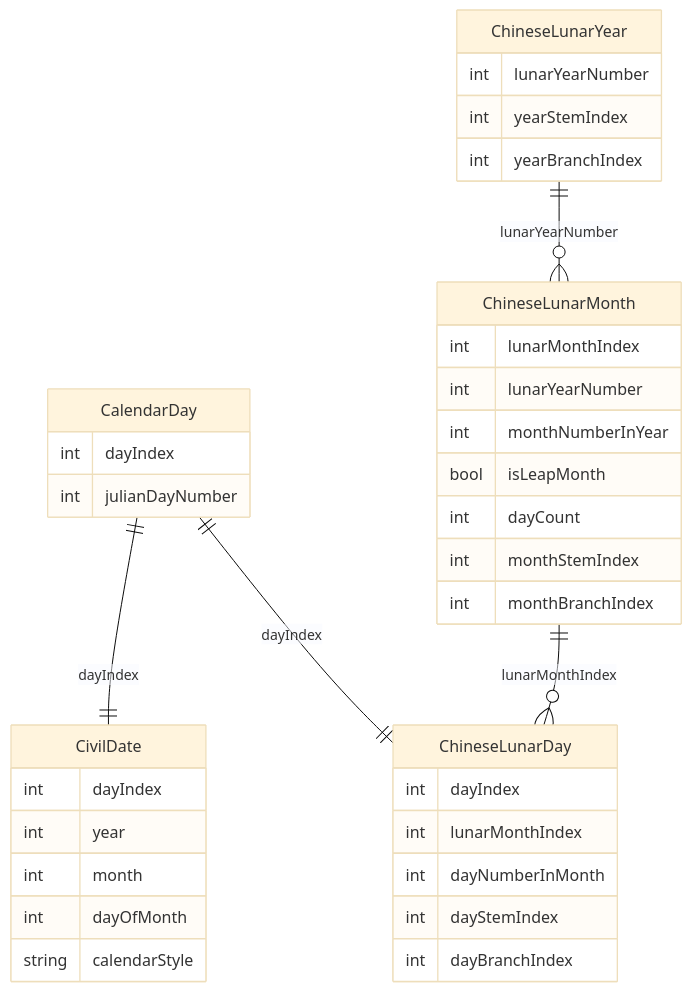
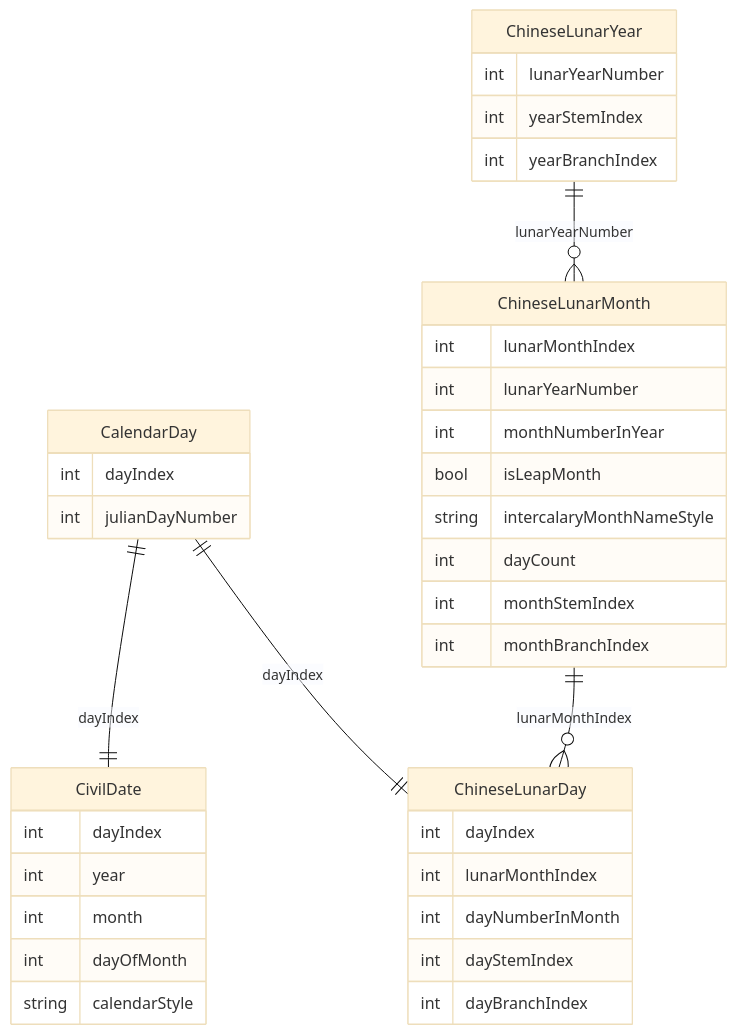
Before and after one commit to huahuahu/chinese-calendar: the diagram in Docs/data-model-calendar.md, drawn with Mermaid (base theme). The commit also changed other lines of this file and 19 other files, not shown here.

````diff
--- a/Docs/data-model-calendar.md
+++ b/Docs/data-model-calendar.md
@@ -104,44 +111,45 @@
 ```mermaid
 erDiagram
     CalendarDay ||--|| CivilDate : "dayIndex"
     CalendarDay ||--|| ChineseLunarDay : "dayIndex"
     ChineseLunarYear ||--o{ ChineseLunarMonth : "lunarYearNumber"
     ChineseLunarMonth ||--o{ ChineseLunarDay : "lunarMonthIndex"
 
     CalendarDay {
         int dayIndex
         int julianDayNumber
     }
 
     CivilDate {
         int dayIndex
         int year
         int month
         int dayOfMonth
         string calendarStyle
     }
 
     ChineseLunarYear {
         int lunarYearNumber
         int yearStemIndex
         int yearBranchIndex
     }
 
     ChineseLunarMonth {
         int lunarMonthIndex
         int lunarYearNumber
         int monthNumberInYear
         bool isLeapMonth
+        string intercalaryMonthNameStyle
         int dayCount
         int monthStemIndex
         int monthBranchIndex
     }
 
     ChineseLunarDay {
         int dayIndex
         int lunarMonthIndex
         int dayNumberInMonth
         int dayStemIndex
         int dayBranchIndex
     }
 ```
````
